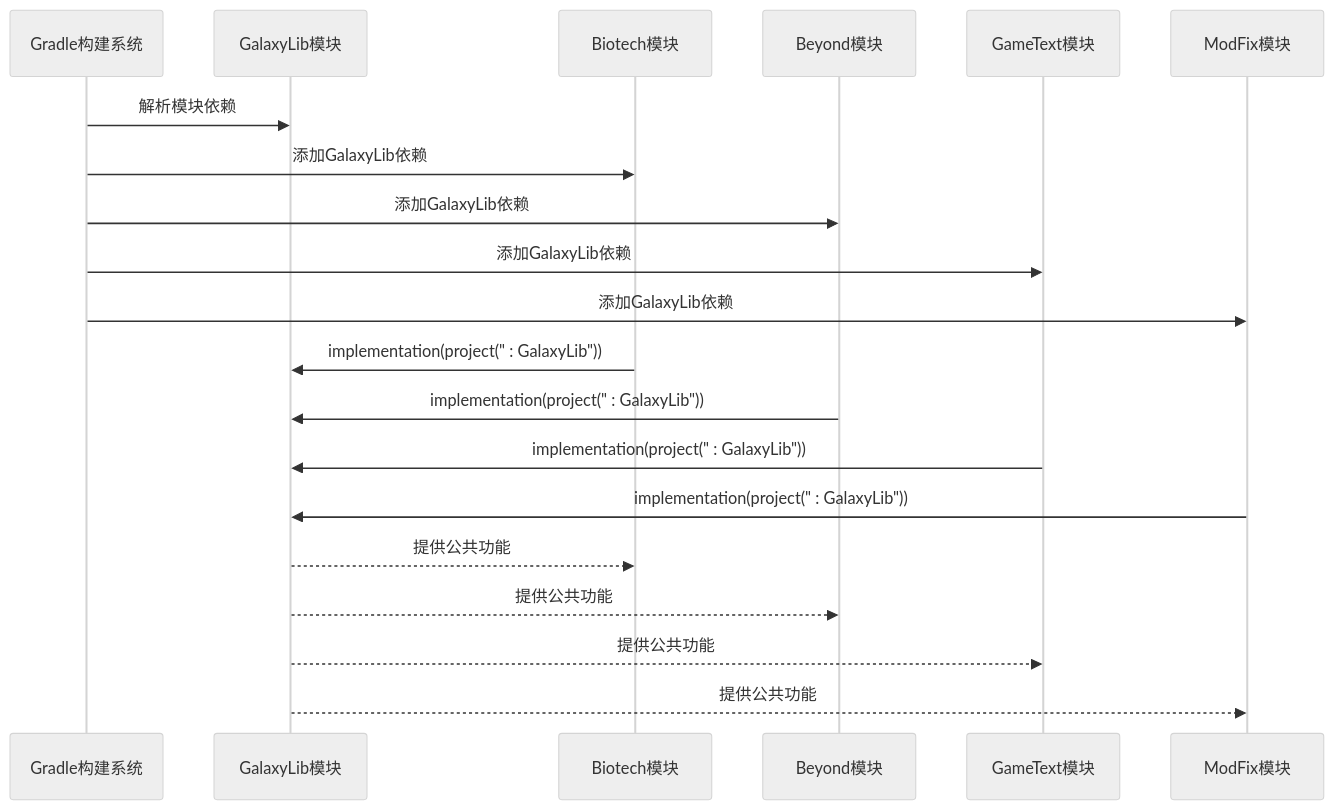
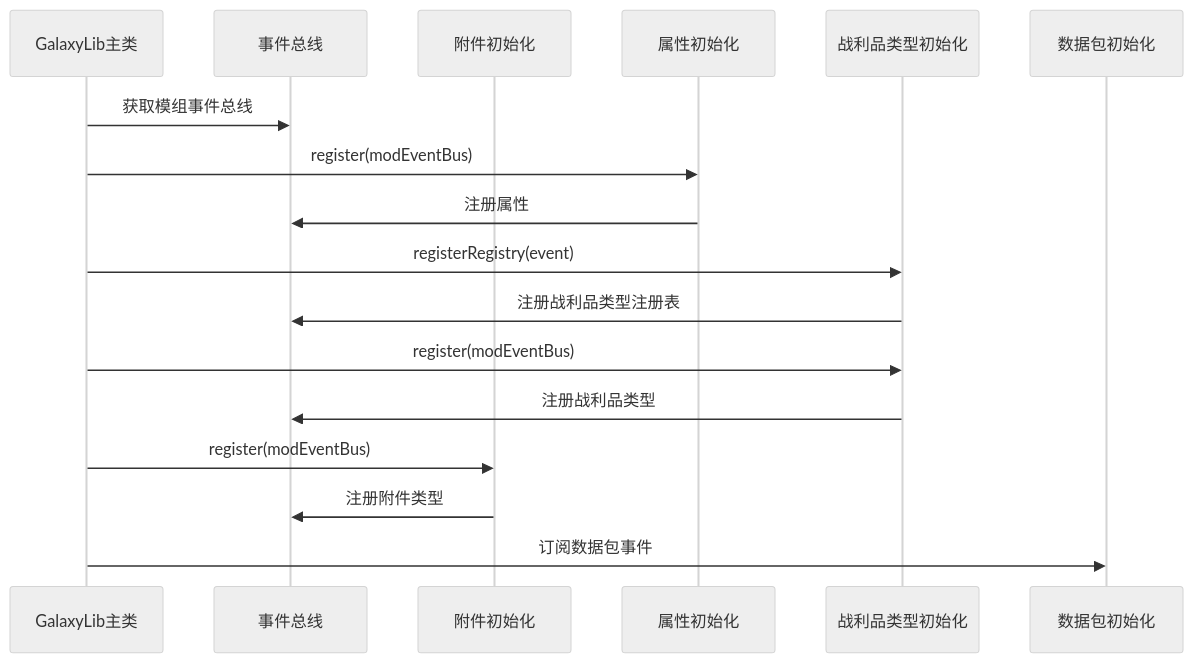
Before and after one commit to Ver-shift/SubModulesGeneHunter: the fifth of 8 diagrams in .qoder/repowiki/zh/content/模块架构/GalaxyLib公共库模块.md, drawn with Mermaid (neutral theme). The commit also changed other lines of this file and 42 other files, not shown here.

````diff
--- a/.qoder/repowiki/zh/content/模块架构/GalaxyLib公共库模块.md
+++ b/.qoder/repowiki/zh/content/模块架构/GalaxyLib公共库模块.md
@@ -173,22 +211,19 @@
 ```mermaid
 sequenceDiagram
-participant Build as Gradle构建系统
-participant GalaxyLib as GalaxyLib模块
-participant Biotech as Biotech模块
-participant Beyond as Beyond模块
-participant GameText as GameText模块
-participant ModFix as ModFix模块
-Build->>GalaxyLib : 解析模块依赖
-Build->>Biotech : 添加GalaxyLib依赖
-Build->>Beyond : 添加GalaxyLib依赖
-Build->>GameText : 添加GalaxyLib依赖
-Build->>ModFix : 添加GalaxyLib依赖
-Biotech->>GalaxyLib : implementation(project(" : GalaxyLib"))
-Beyond->>GalaxyLib : implementation(project(" : GalaxyLib"))
-GameText->>GalaxyLib : implementation(project(" : GalaxyLib"))
-ModFix->>GalaxyLib : implementation(project(" : GalaxyLib"))
-GalaxyLib-->>Biotech : 提供公共功能
-GalaxyLib-->>Beyond : 提供公共功能
-GalaxyLib-->>GameText : 提供公共功能
-GalaxyLib-->>ModFix : 提供公共功能
+participant GalaxyLib as GalaxyLib主类
+participant EventBus as 事件总线
+participant AttachInit as 附件初始化
+participant AttributeInit as 属性初始化
+participant LootTypeInit as 战利品类型初始化
+participant PackInit as 数据包初始化
+GalaxyLib->>EventBus : 获取模组事件总线
+GalaxyLib->>AttributeInit : register(modEventBus)
+AttributeInit->>EventBus : 注册属性
+GalaxyLib->>LootTypeInit : registerRegistry(event)
+LootTypeInit->>EventBus : 注册战利品类型注册表
+GalaxyLib->>LootTypeInit : register(modEventBus)
+LootTypeInit->>EventBus : 注册战利品类型
+GalaxyLib->>AttachInit : register(modEventBus)
+AttachInit->>EventBus : 注册附件类型
+GalaxyLib->>PackInit : 订阅数据包事件
 ```
````
